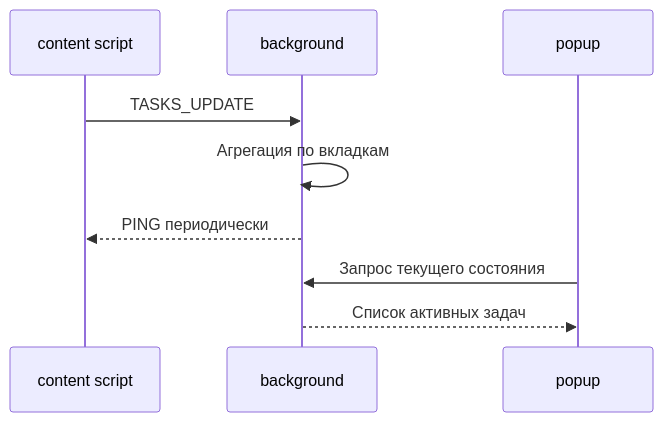
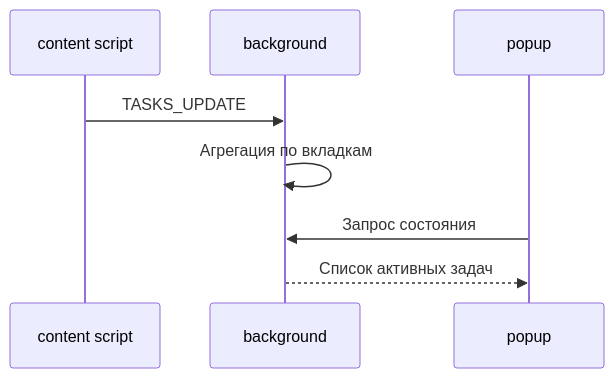
The fourth of 5 diagrams in README.md (nicelight/Codexex), drawn with Mermaid before and after one commit. The commit also changed other lines of this file, not shown here.

Commit message:
Adjust 'How it works' diagram orientation

````diff
--- a/README.md
+++ b/README.md
@@ -182,11 +102,10 @@
 ```mermaid
 sequenceDiagram
   participant CS as content script
   participant SW as background
   participant UI as popup
   CS->>SW: TASKS_UPDATE
   SW->>SW: Агрегация по вкладкам
-  SW-->>CS: PING периодически
-  UI->>SW: Запрос текущего состояния
+  UI->>SW: Запрос состояния
   SW-->>UI: Список активных задач
 ```
````
